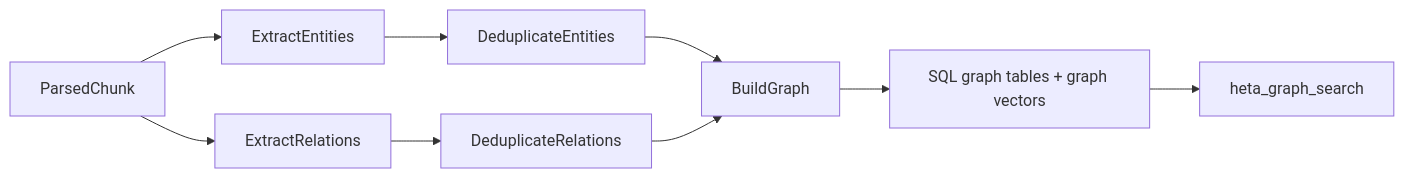
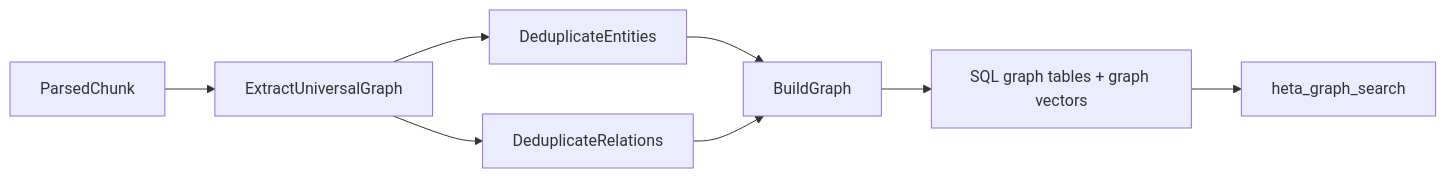
Before and after one commit to KnowledgeXLab/Heta_Framework: the fourth of 6 diagrams in docs/guides/choose-build-path.en.md, drawn with Mermaid. The commit also changed 34 other files, not shown here.

````diff
--- a/docs/guides/choose-build-path.en.md
+++ b/docs/guides/choose-build-path.en.md
@@ -102,11 +102,10 @@
 ```mermaid
 flowchart LR
-    Chunks[ParsedChunk] --> ExtractEntities[ExtractEntities]
-    Chunks --> ExtractRelations[ExtractRelations]
-    ExtractEntities --> DedupEntities[DeduplicateEntities]
-    ExtractRelations --> DedupRelations[DeduplicateRelations]
+    Chunks[ParsedChunk] --> ExtractUniversalGraph[ExtractUniversalGraph]
+    ExtractUniversalGraph --> DedupEntities[DeduplicateEntities]
+    ExtractUniversalGraph --> DedupRelations[DeduplicateRelations]
     DedupEntities --> BuildGraph[BuildGraph]
     DedupRelations --> BuildGraph
     BuildGraph --> GraphAssets[SQL graph tables + graph vectors]
     GraphAssets --> GraphSearch[heta_graph_search]
 ```
````
